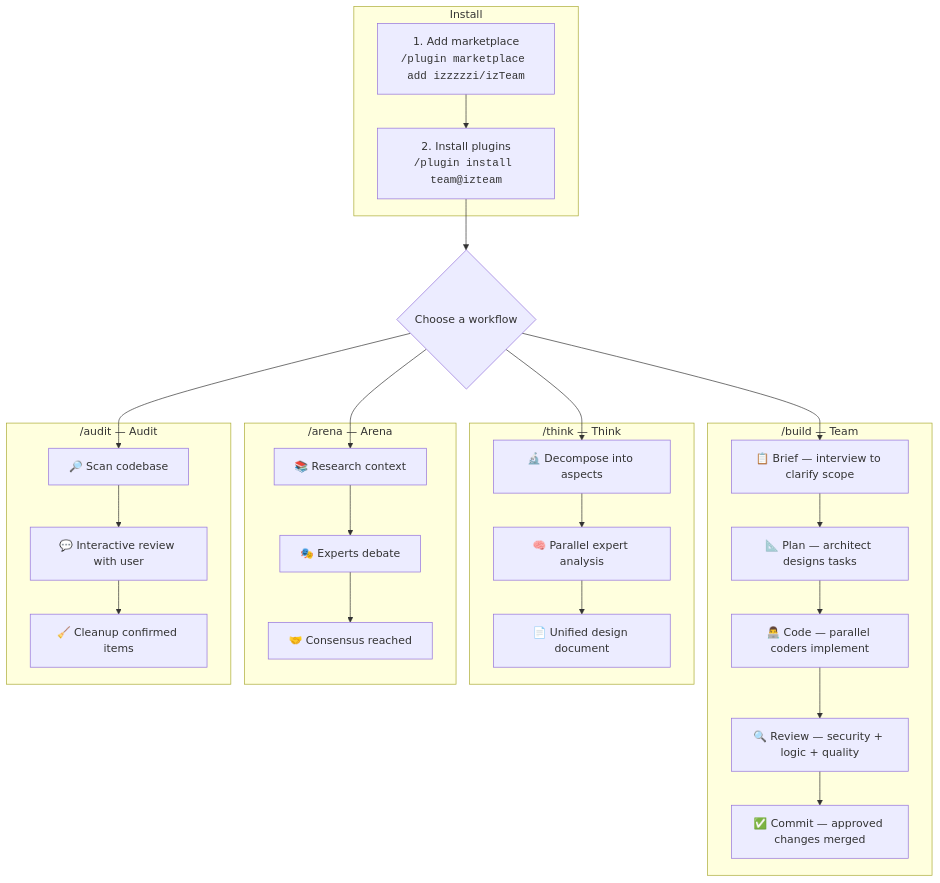
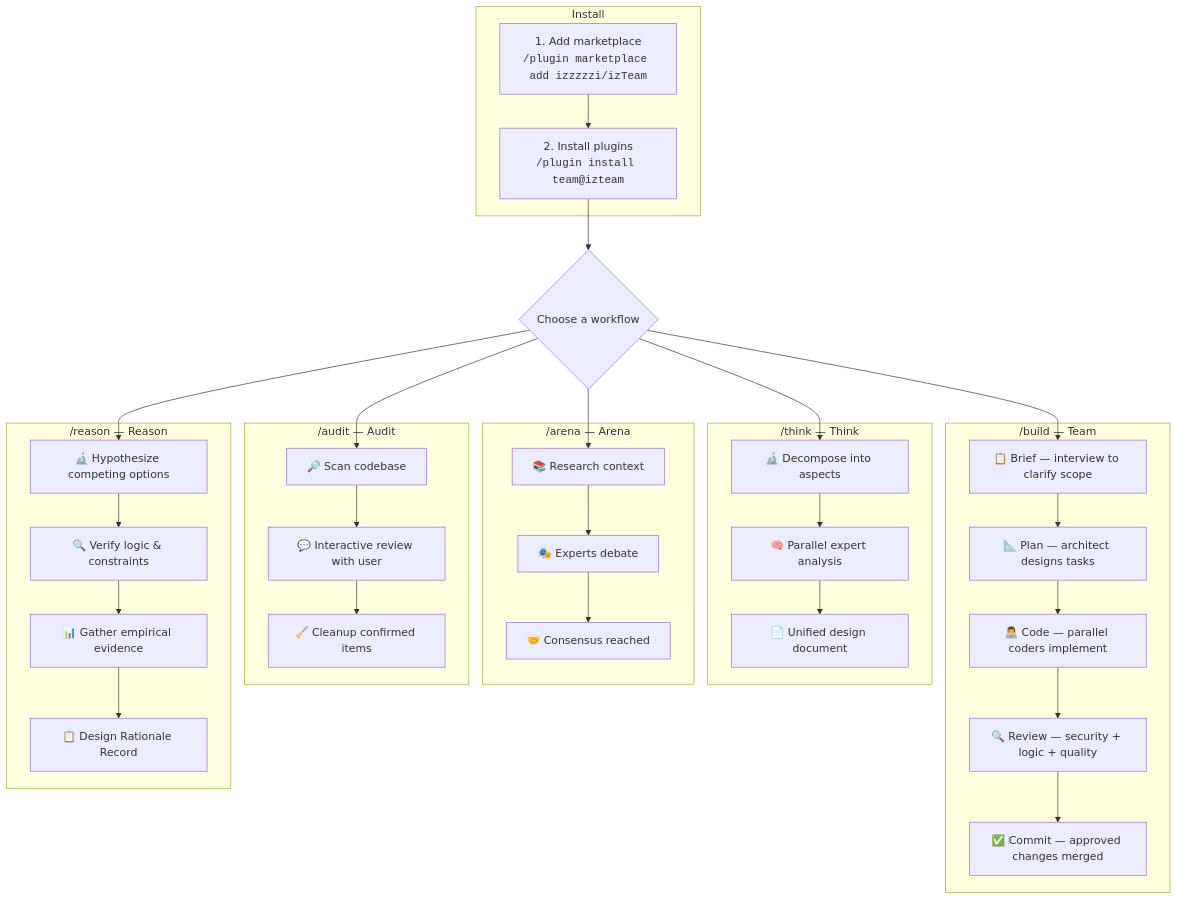
One commit to izzzzzi/izTeam changed the diagram in README.md. Above: the diagram before and after it, drawn with Mermaid. The commit also changed other lines of this file, not shown here.

Commit message:
docs: add reason plugin to README — badge, graph, table, section, structure

````diff
--- a/README.md
+++ b/README.md
@@ -33,45 +33,54 @@
 ```mermaid
 graph TD
     subgraph Install
         A["1. Add marketplace<br/><code>/plugin marketplace add izzzzzi/izTeam</code>"]
         B["2. Install plugins<br/><code>/plugin install team@izteam</code>"]
         A --> B
     end
 
     B --> C{"Choose a workflow"}
 
     subgraph "/build &mdash; Team"
         D1["📋 Brief &mdash; interview to clarify scope"]
         D2["📐 Plan &mdash; architect designs tasks"]
         D3["👨‍💻 Code &mdash; parallel coders implement"]
         D4["🔍 Review &mdash; security + logic + quality"]
         D5["✅ Commit &mdash; approved changes merged"]
         D1 --> D2 --> D3 --> D4 --> D5
     end
 
     subgraph "/think &mdash; Think"
         E1["🔬 Decompose into aspects"]
         E2["🧠 Parallel expert analysis"]
         E3["📄 Unified design document"]
         E1 --> E2 --> E3
     end
 
     subgraph "/arena &mdash; Arena"
         F1["📚 Research context"]
         F2["🎭 Experts debate"]
         F3["🤝 Consensus reached"]
         F1 --> F2 --> F3
     end
 
     subgraph "/audit &mdash; Audit"
         G1["🔎 Scan codebase"]
         G2["💬 Interactive review with user"]
         G3["🧹 Cleanup confirmed items"]
         G1 --> G2 --> G3
     end
 
+    subgraph "/reason &mdash; Reason"
+        R1["🔬 Hypothesize competing options"]
+        R2["🔍 Verify logic &amp; constraints"]
+        R3["📊 Gather empirical evidence"]
+        R4["📋 Design Rationale Record"]
+        R1 --> R2 --> R3 --> R4
+    end
+
     C --> D1
     C --> E1
     C --> F1
     C --> G1
+    C --> R1
 ```
````
